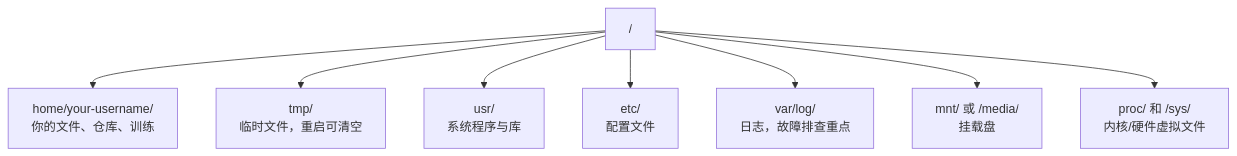
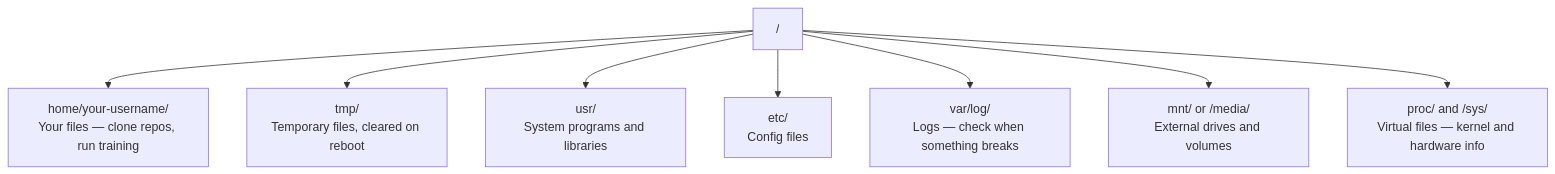
The diagram in phases/00-setup-and-tooling/11-linux-for-ai/docs/zh.md (omigaZen/ai-engineering-from-scratch), drawn with Mermaid before and after one commit. The commit also changed other lines of this file and 9 other files, not shown here.

````diff
--- a/phases/00-setup-and-tooling/11-linux-for-ai/docs/zh.md
+++ b/phases/00-setup-and-tooling/11-linux-for-ai/docs/zh.md
@@ -27,10 +27,10 @@
 ```mermaid
 graph TD
-    root["/"] --> home["home/your-username/<br/>你的文件、仓库、训练"]
-    root --> tmp["tmp/<br/>临时文件，重启可清空"]
-    root --> usr["usr/<br/>系统程序与库"]
-    root --> etc["etc/<br/>配置文件"]
-    root --> varlog["var/log/<br/>日志，故障排查重点"]
-    root --> mnt["mnt/ 或 /media/<br/>挂载盘"]
-    root --> proc["proc/ 和 /sys/<br/>内核/硬件虚拟文件"]
+    root["/"] --> home["home/your-username/<br/>Your files — clone repos, run training"]
+    root --> tmp["tmp/<br/>Temporary files, cleared on reboot"]
+    root --> usr["usr/<br/>System programs and libraries"]
+    root --> etc["etc/<br/>Config files"]
+    root --> varlog["var/log/<br/>Logs — check when something breaks"]
+    root --> mnt["mnt/ or /media/<br/>External drives and volumes"]
+    root --> proc["proc/ and /sys/<br/>Virtual files — kernel and hardware info"]
 ```
````
